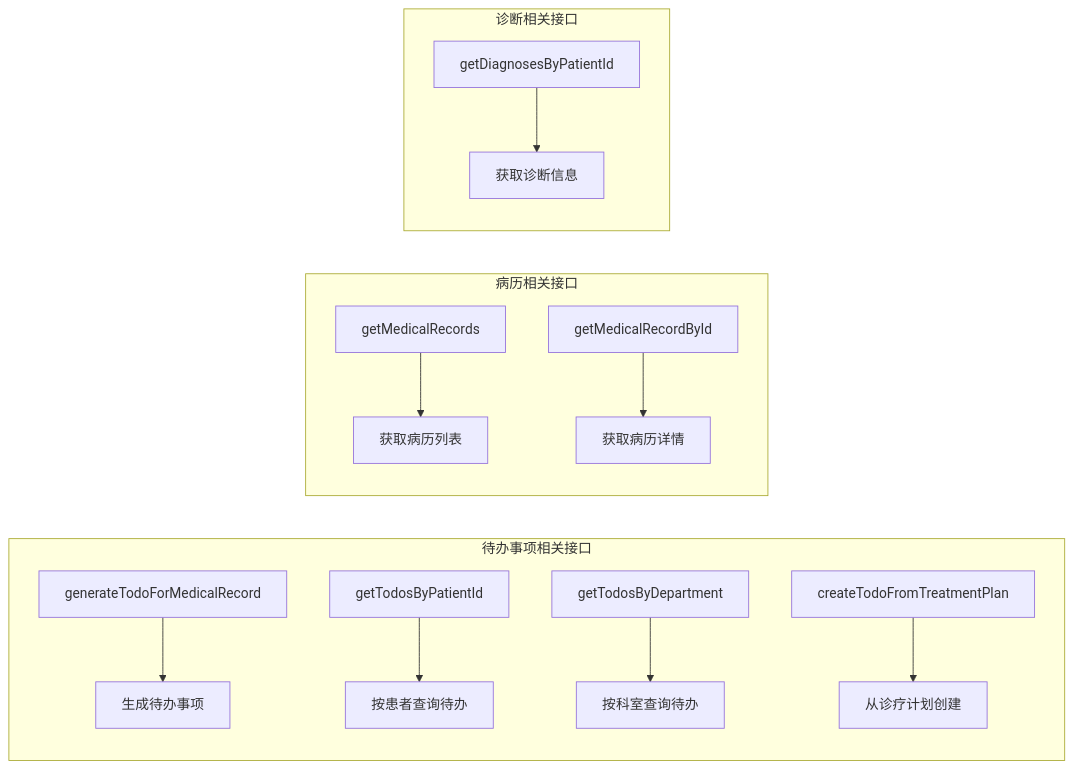
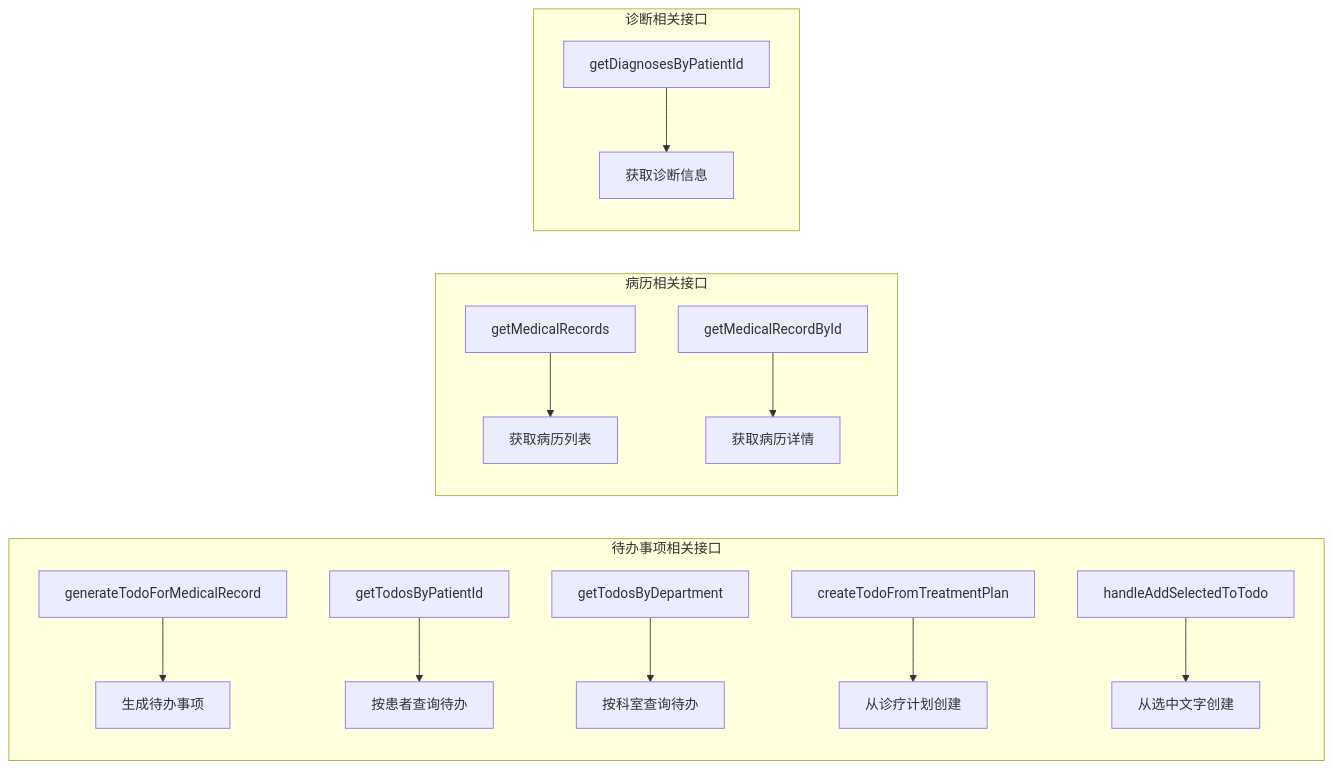
The eighth of 8 diagrams in .qoder/repowiki/zh/content/核心功能模块/待办事项管理系统.md (liuzh2008/med_ai_assistant_workspace), drawn with Mermaid before and after one commit. The commit also changed other lines of this file and 4 other files, not shown here.

````diff
--- a/.qoder/repowiki/zh/content/核心功能模块/待办事项管理系统.md
+++ b/.qoder/repowiki/zh/content/核心功能模块/待办事项管理系统.md
@@ -374,16 +437,17 @@
 ```mermaid
 graph LR
 subgraph "待办事项相关接口"
 A[generateTodoForMedicalRecord] --> B[生成待办事项]
 C[getTodosByPatientId] --> D[按患者查询待办]
 E[getTodosByDepartment] --> F[按科室查询待办]
 G[createTodoFromTreatmentPlan] --> H[从诊疗计划创建]
+I[handleAddSelectedToTodo] --> J[从选中文字创建]
 end
 subgraph "病历相关接口"
-I[getMedicalRecords] --> J[获取病历列表]
-K[getMedicalRecordById] --> L[获取病历详情]
+K[getMedicalRecords] --> L[获取病历列表]
+M[getMedicalRecordById] --> N[获取病历详情]
 end
 subgraph "诊断相关接口"
-M[getDiagnosesByPatientId] --> N[获取诊断信息]
+O[getDiagnosesByPatientId] --> P[获取诊断信息]
 end
 ```
````
